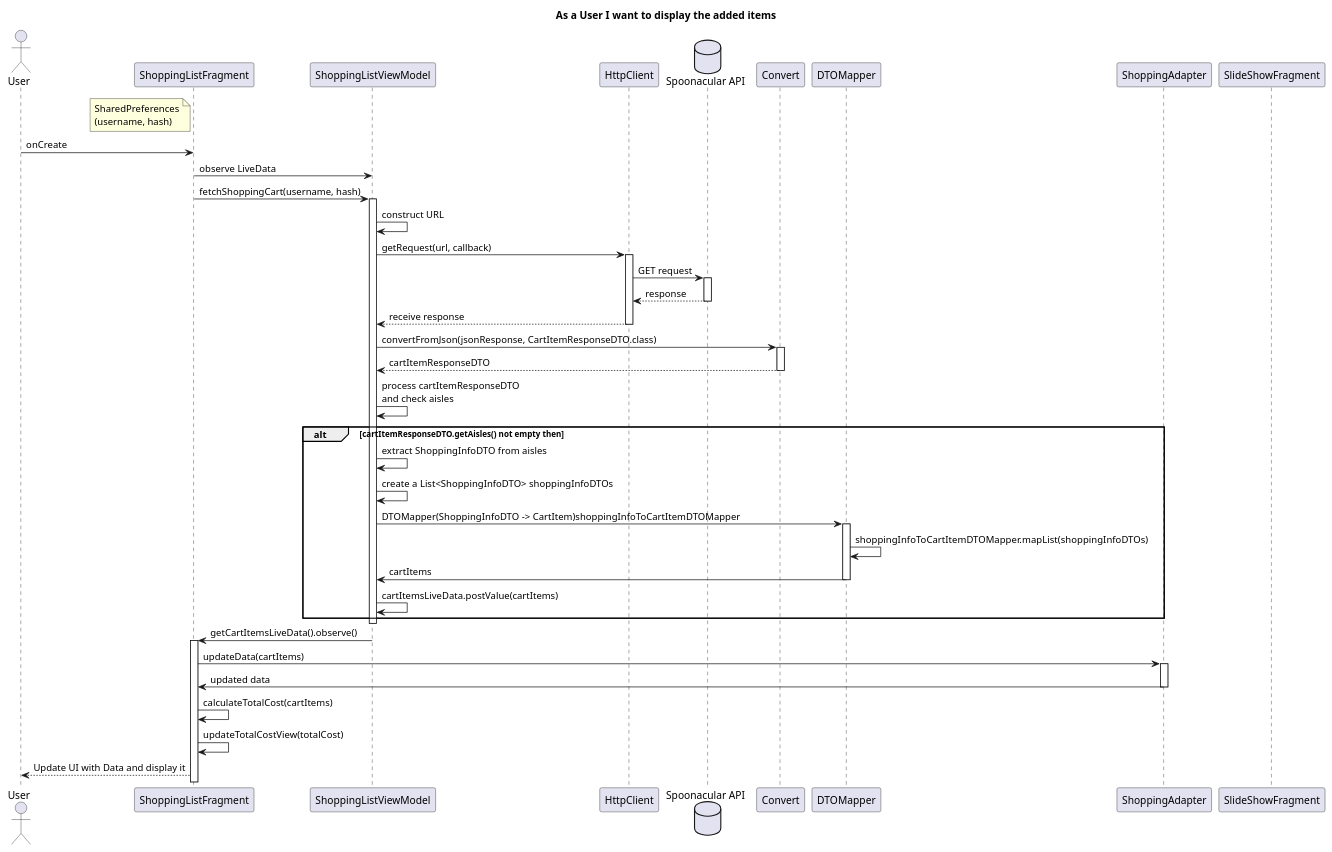
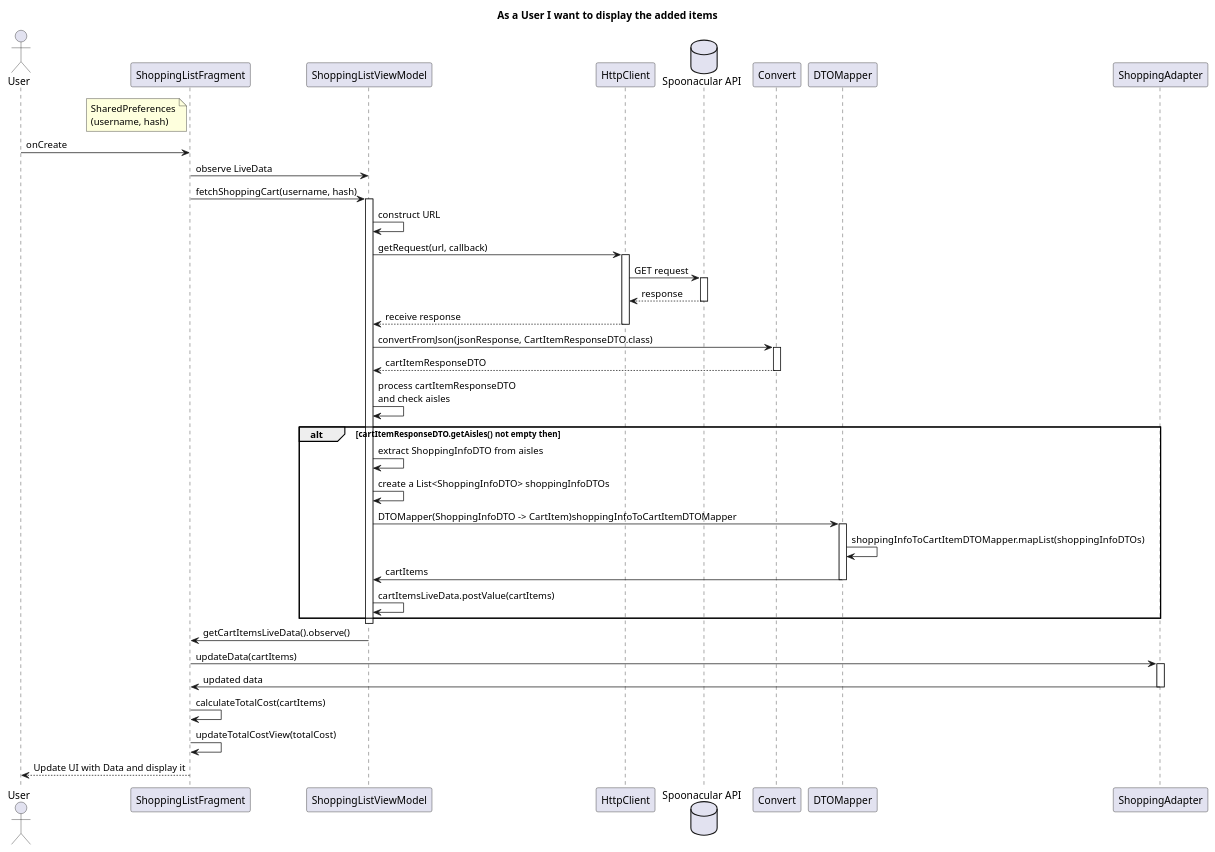
Before and after one commit to IsepMartimOliveira/DSSMV_ProjectDroid_1181754: the diagram in Documents/US/US06/SD.puml, drawn with PlantUML. The commit also changed 2 other files, not shown here.

```diff
--- a/Documents/US/US06/SD.puml
+++ b/Documents/US/US06/SD.puml
@@ -1,56 +1,54 @@
 @startuml
 title As a User I want to display the added items
 
 actor User as User
 
 participant "ShoppingListFragment" as SlideshowFragment
 participant "ShoppingListViewModel" as SlideshowViewModel
 participant "HttpClient" as HttpClient
 database "Spoonacular API" as Server
 participant "Convert" as Convert
 participant "DTOMapper" as DTOMapper
 participant "ShoppingAdapter" as ShoppingAdapter
 Note left of SlideshowFragment: SharedPreferences\n(username, hash)
 User->SlideshowFragment: onCreate
 SlideshowFragment -> SlideshowViewModel: observe LiveData
 SlideshowFragment -> SlideshowViewModel: fetchShoppingCart(username, hash)
 activate SlideshowViewModel
 SlideshowViewModel -> SlideshowViewModel: construct URL
 SlideshowViewModel -> HttpClient: getRequest(url, callback)
 activate HttpClient
 HttpClient -> Server: GET request
 activate Server
 Server --> HttpClient:  response
 deactivate Server
 HttpClient --> SlideshowViewModel: receive response
 deactivate HttpClient
 SlideshowViewModel -> Convert: convertFromJson(jsonResponse, CartItemResponseDTO.class)
 activate Convert
 Convert --> SlideshowViewModel: cartItemResponseDTO
 deactivate Convert
 
 SlideshowViewModel -> SlideshowViewModel: process cartItemResponseDTO\nand check aisles
 alt cartItemResponseDTO.getAisles() not empty then
   SlideshowViewModel -> SlideshowViewModel: extract ShoppingInfoDTO from aisles
   SlideshowViewModel->SlideshowViewModel: create a List<ShoppingInfoDTO> shoppingInfoDTOs
   SlideshowViewModel -> DTOMapper:  DTOMapper(ShoppingInfoDTO -> CartItem)shoppingInfoToCartItemDTOMapper
   activate DTOMapper
   DTOMapper -> DTOMapper: shoppingInfoToCartItemDTOMapper.mapList(shoppingInfoDTOs)
   DTOMapper -> SlideshowViewModel: cartItems
   deactivate DTOMapper
 SlideshowViewModel->SlideshowViewModel:cartItemsLiveData.postValue(cartItems)
 end if
 deactivate SlideshowViewModel
 
 SlideshowViewModel -> SlideshowFragment: getCartItemsLiveData().observe()
-activate SlideshowFragment
 SlideshowFragment -> ShoppingAdapter: updateData(cartItems)
 activate ShoppingAdapter
 ShoppingAdapter -> SlideshowFragment: updated data
 deactivate ShoppingAdapter
 SlideshowFragment -> SlideshowFragment: calculateTotalCost(cartItems)
 SlideshowFragment -> SlideshowFragment: updateTotalCostView(totalCost)
 SlideshowFragment --> User: Update UI with Data and display it
-deactivate SlideShowFragment
 
 @enduml
```
